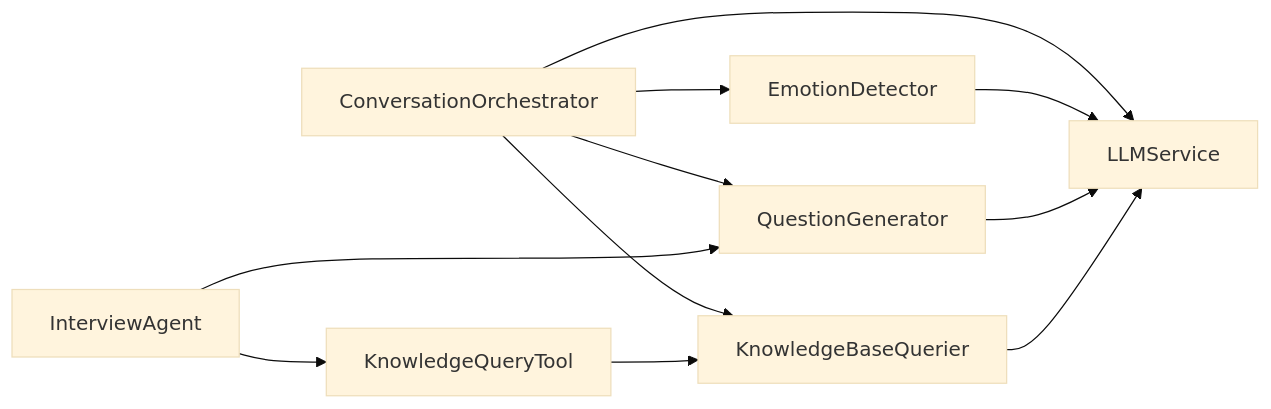
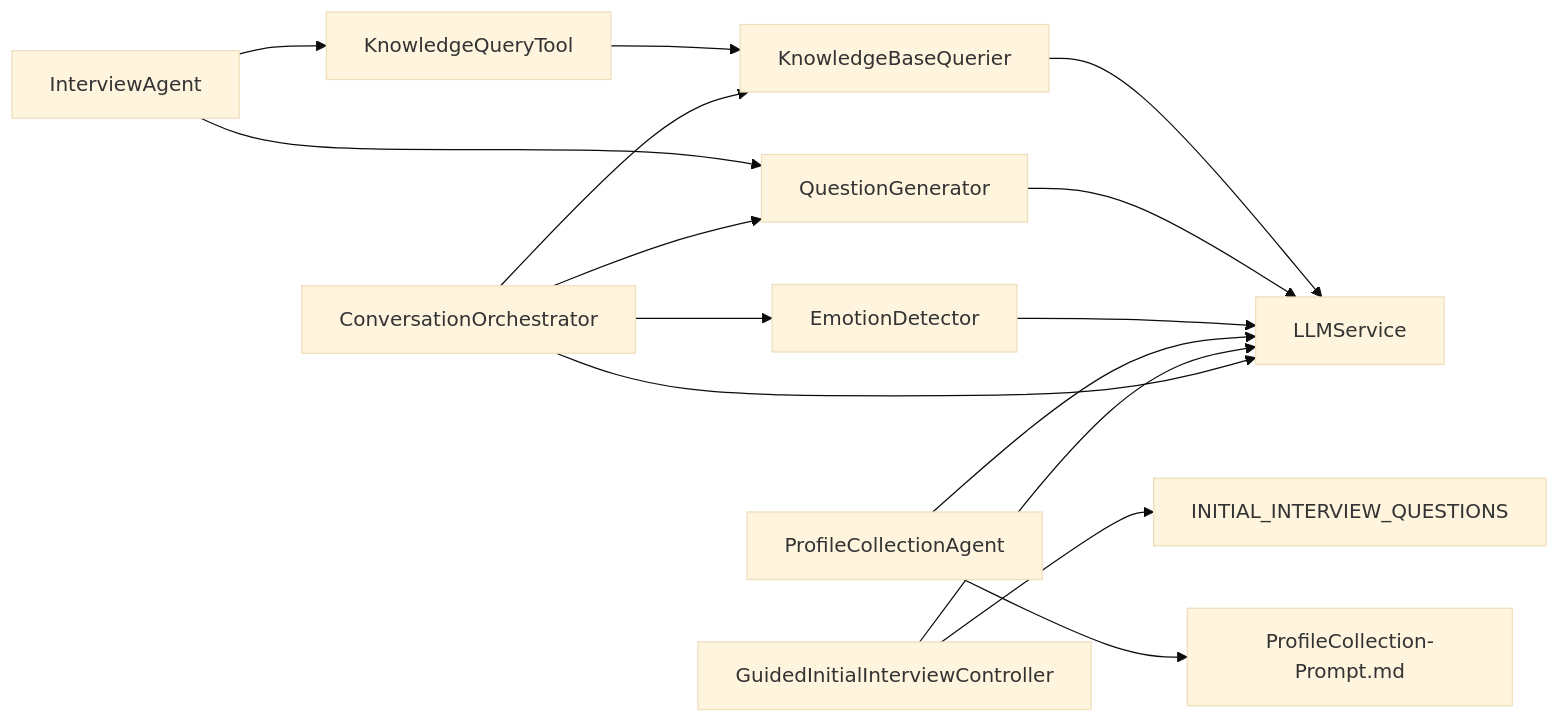
One commit to WangYiKai1017/zizuan changed the tenth of 10 diagrams in .qoder/repowiki/zh/content/智能问答系统/智能问答系统.md. Above: the diagram before and after it, drawn with Mermaid (base theme). The commit also changed other lines of this file and 99 other files, not shown here.

````diff
--- a/.qoder/repowiki/zh/content/智能问答系统/智能问答系统.md
+++ b/.qoder/repowiki/zh/content/智能问答系统/智能问答系统.md
@@ -373,13 +518,17 @@
 ```mermaid
 graph LR
 CO["ConversationOrchestrator"] --> ED["EmotionDetector"]
 CO --> KBQ["KnowledgeBaseQuerier"]
 CO --> QG["QuestionGenerator"]
 CO --> LLM["LLMService"]
 IA["InterviewAgent"] --> QG
 IA --> KQT["KnowledgeQueryTool"]
+GIIC["GuidedInitialInterviewController"] --> LLM
+GIIC --> IIQ["INITIAL_INTERVIEW_QUESTIONS"]
+PCA["ProfileCollectionAgent"] --> LLM
+PCA --> PCP["ProfileCollection-Prompt.md"]
 ED --> LLM
 QG --> LLM
 KBQ --> LLM
 KQT --> KBQ
 ```
````
